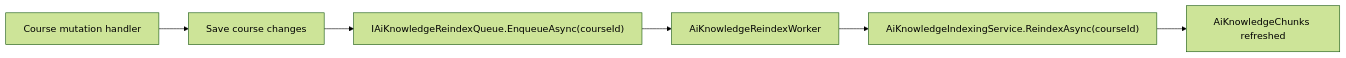
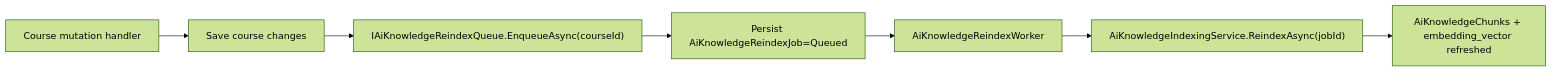
Before and after one commit to caiquangtung/ELearning: the sixth of 7 diagrams in docs/ai-architecture.md, drawn with Mermaid (forest theme). The commit also changed other lines of this file and 9 other files, not shown here.

````diff
--- a/docs/ai-architecture.md
+++ b/docs/ai-architecture.md
@@ -288,8 +293,9 @@
 ```mermaid
 flowchart LR
     Mutation["Course mutation handler"] --> Save["Save course changes"]
     Save --> Queue["IAiKnowledgeReindexQueue.EnqueueAsync(courseId)"]
-    Queue --> Worker["AiKnowledgeReindexWorker"]
-    Worker --> Indexer["AiKnowledgeIndexingService.ReindexAsync(courseId)"]
-    Indexer --> Chunks["AiKnowledgeChunks refreshed"]
+    Queue --> Job["Persist AiKnowledgeReindexJob=Queued"]
+    Job --> Worker["AiKnowledgeReindexWorker"]
+    Worker --> Indexer["AiKnowledgeIndexingService.ReindexAsync(jobId)"]
+    Indexer --> Chunks["AiKnowledgeChunks + embedding_vector refreshed"]
 ```
````
